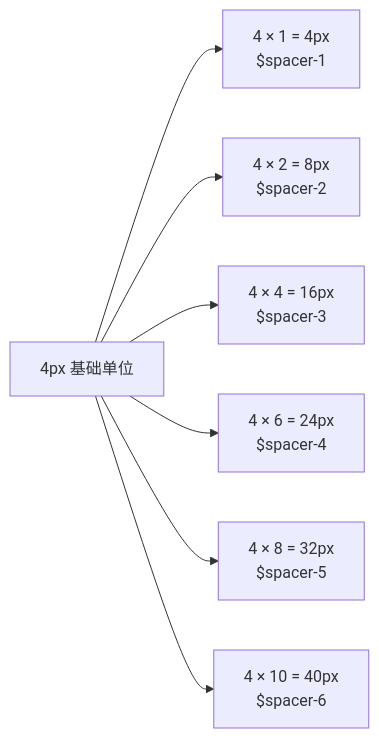
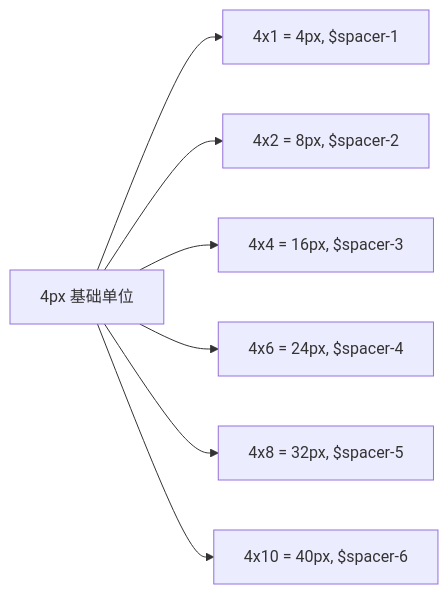
Before and after one commit to Cleam/primer-css: the second of 5 diagrams in learn/04-design-tokens.md, drawn with Mermaid. The commit also changed other lines of this file and 10 other files, not shown here.

First line of the commit message:
Fix mermaid diagram syntax for GitHub rendering compatibility

````diff
--- a/learn/04-design-tokens.md
+++ b/learn/04-design-tokens.md
@@ -117,9 +117,9 @@
 ```mermaid
 graph LR
-    A["4px 基础单位"] --> B["4 × 1 = 4px<br/>$spacer-1"]
-    A --> C["4 × 2 = 8px<br/>$spacer-2"]
-    A --> D["4 × 4 = 16px<br/>$spacer-3"]
-    A --> E["4 × 6 = 24px<br/>$spacer-4"]
-    A --> F["4 × 8 = 32px<br/>$spacer-5"]
-    A --> G["4 × 10 = 40px<br/>$spacer-6"]
+    A["4px 基础单位"] --> B["4x1 = 4px, $spacer-1"]
+    A --> C["4x2 = 8px, $spacer-2"]
+    A --> D["4x4 = 16px, $spacer-3"]
+    A --> E["4x6 = 24px, $spacer-4"]
+    A --> F["4x8 = 32px, $spacer-5"]
+    A --> G["4x10 = 40px, $spacer-6"]
 ```
````
